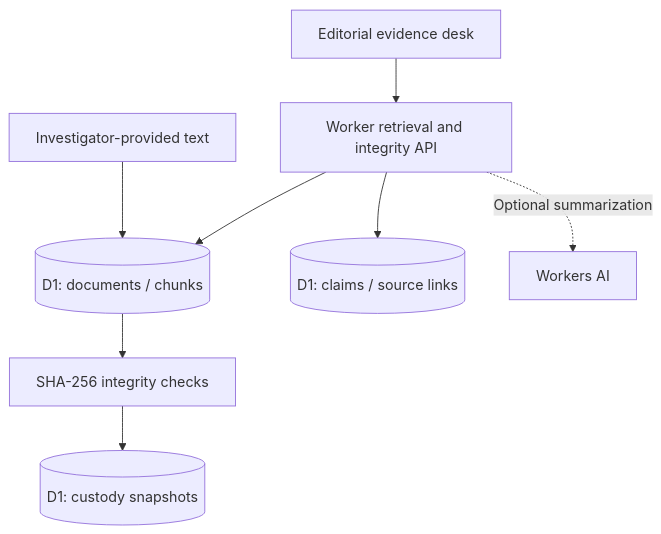
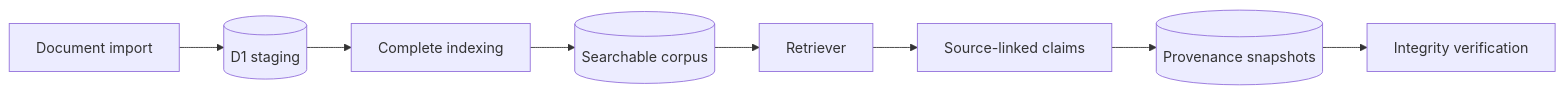
Before and after one commit to amiddlebrook/ProofAtlas: the diagram in README.md, drawn with Mermaid. The commit also changed other lines of this file and 4 other files, not shown here.

````diff
--- a/README.md
+++ b/README.md
@@ -53,10 +57,10 @@
 ```mermaid
-flowchart TD
-  Source[Investigator-provided text] --> Corpus[(D1: documents / chunks)]
-  Desk[Editorial evidence desk] --> API[Worker retrieval and integrity API]
-  API --> Corpus
-  API --> Claims[(D1: claims / source links)]
-  Corpus --> Digest[SHA-256 integrity checks]
-  Digest --> Snapshot[(D1: custody snapshots)]
-  API -. Optional summarization .-> AI[Workers AI]
+flowchart LR
+  D[Document import] --> S[(D1 staging)]
+  S --> I[Complete indexing]
+  I --> C[(Searchable corpus)]
+  C --> Q[Retriever]
+  Q --> V[Source-linked claims]
+  V --> P[(Provenance snapshots)]
+  P --> K[Integrity verification]
 ```
````
